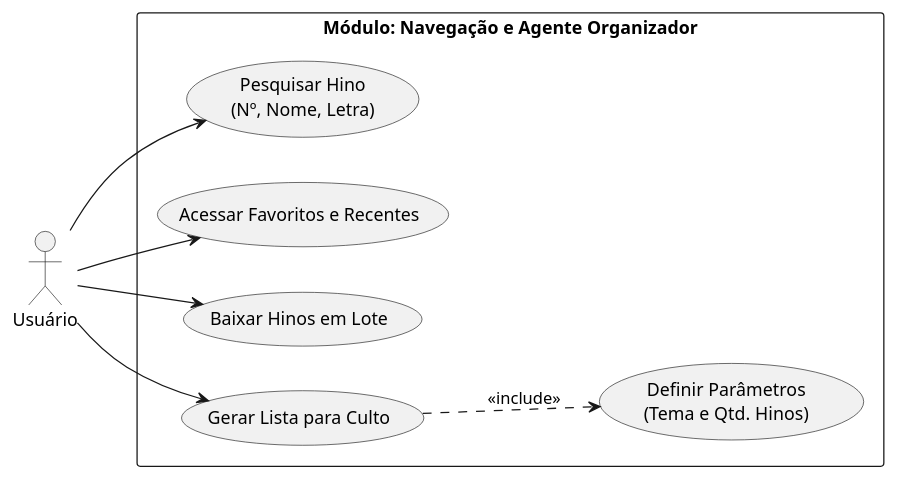
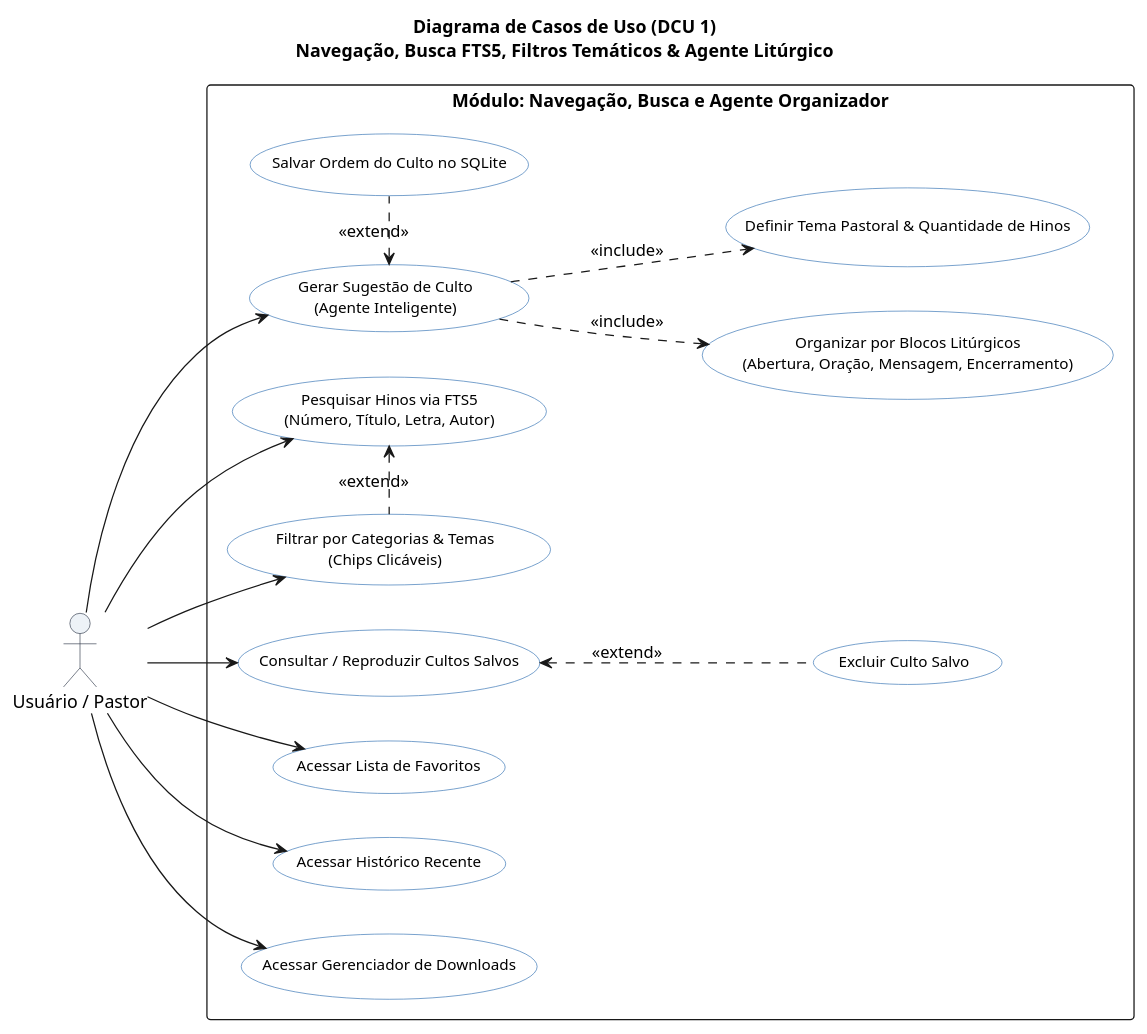
One commit to Lucas2Araujo/NHA_Intel changed the diagram in Docs/DCU1.puml. Above: the diagram before and after it, drawn with PlantUML. The commit also changed 29 other files, not shown here.

```diff
--- a/Docs/DCU1.puml
+++ b/Docs/DCU1.puml
@@ -1,25 +1,62 @@
-@startuml
+@startuml DCU1
+' ==============================================================================
+' Diagrama de Casos de Uso 1 (DCU1) — Navegação, Busca FTS5 & Agente Litúrgico
+' ==============================================================================
+
 left to right direction
 skinparam packageStyle rectangle
+skinparam roundcorner 6
+skinparam shadowing false
 
-actor "Usuário" as User
+skinparam usecase {
+  BackgroundColor #FFFFFF
+  BorderColor #2B6CB0
+  FontName "Segoe UI, Arial, SansSerif"
+  FontSize 12
+}
 
-rectangle "Módulo: Navegação e Agente Organizador" {
+skinparam actor {
+  BackgroundColor #EDF2F7
+  BorderColor #2D3748
+  FontName "Segoe UI, Arial, SansSerif"
+}
+
+title <b>Diagrama de Casos de Uso (DCU 1)</b>\nNavegação, Busca FTS5, Filtros Temáticos & Agente Litúrgico
+
+actor "Usuário / Pastor" as User
+
+rectangle "Módulo: Navegação, Busca e Agente Organizador" {
   
-  ' Ações de Navegação
-  usecase "Pesquisar Hino\n(Nº, Nome, Letra)" as UC_Pesquisa
-  usecase "Acessar Favoritos e Recentes" as UC_Listas
-  usecase "Baixar Hinos em Lote" as UC_Lote
+  ' Ações de Navegação e Busca
+  usecase "Pesquisar Hinos via FTS5\n(Número, Título, Letra, Autor)" as UC_PesquisaFTS
+  usecase "Filtrar por Categorias & Temas\n(Chips Clicáveis)" as UC_FiltroChips
+  usecase "Acessar Lista de Favoritos" as UC_Favoritos
+  usecase "Acessar Histórico Recente" as UC_Historico
+  usecase "Acessar Gerenciador de Downloads" as UC_DownloadsManager
   
-  ' Ações do Agente
-  usecase "Gerar Lista para Culto" as UC_GerarCulto
-  usecase "Definir Parâmetros\n(Tema e Qtd. Hinos)" as UC_Parametros
-  
-  User --> UC_Pesquisa
-  User --> UC_Listas
-  User --> UC_Lote
+  ' Ações do Agente Litúrgico
+  usecase "Gerar Sugestão de Culto\n(Agente Inteligente)" as UC_GerarCulto
+  usecase "Definir Tema Pastoral & Quantidade de Hinos" as UC_Parametros
+  usecase "Organizar por Blocos Litúrgicos\n(Abertura, Oração, Mensagem, Encerramento)" as UC_Blocos
+  usecase "Salvar Ordem do Culto no SQLite" as UC_SalvarCulto
+  usecase "Consultar / Reproduzir Cultos Salvos" as UC_VerCultosSalvos
+  usecase "Excluir Culto Salvo" as UC_ExcluirCulto
+
+  ' Ligações do Usuário
+  User --> UC_PesquisaFTS
+  User --> UC_FiltroChips
+  User --> UC_Favoritos
+  User --> UC_Historico
+  User --> UC_DownloadsManager
   User --> UC_GerarCulto
-  
+  User --> UC_VerCultosSalvos
+
+  ' Relacionamentos <<include>> e <<extend>>
   UC_GerarCulto ..> UC_Parametros : <<include>>
+  UC_GerarCulto ..> UC_Blocos : <<include>>
+  UC_SalvarCulto .left.> UC_GerarCulto : <<extend>>
+  UC_ExcluirCulto .up.> UC_VerCultosSalvos : <<extend>>
+  UC_FiltroChips .left.> UC_PesquisaFTS : <<extend>>
 }
+
 @enduml
```
